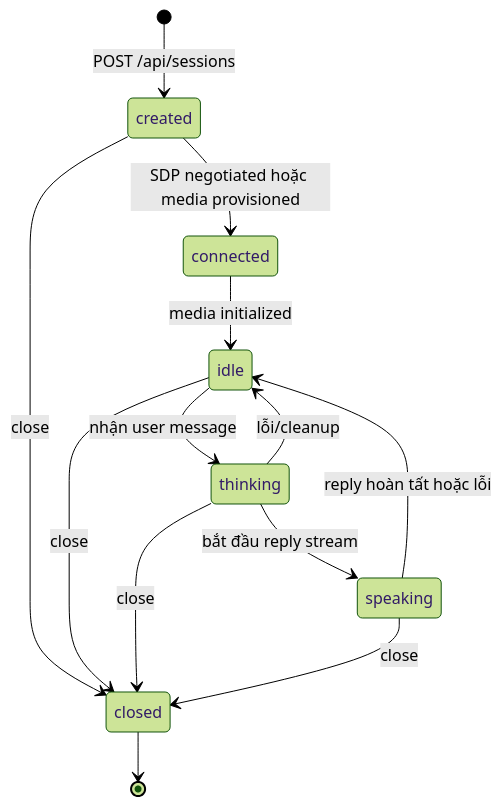
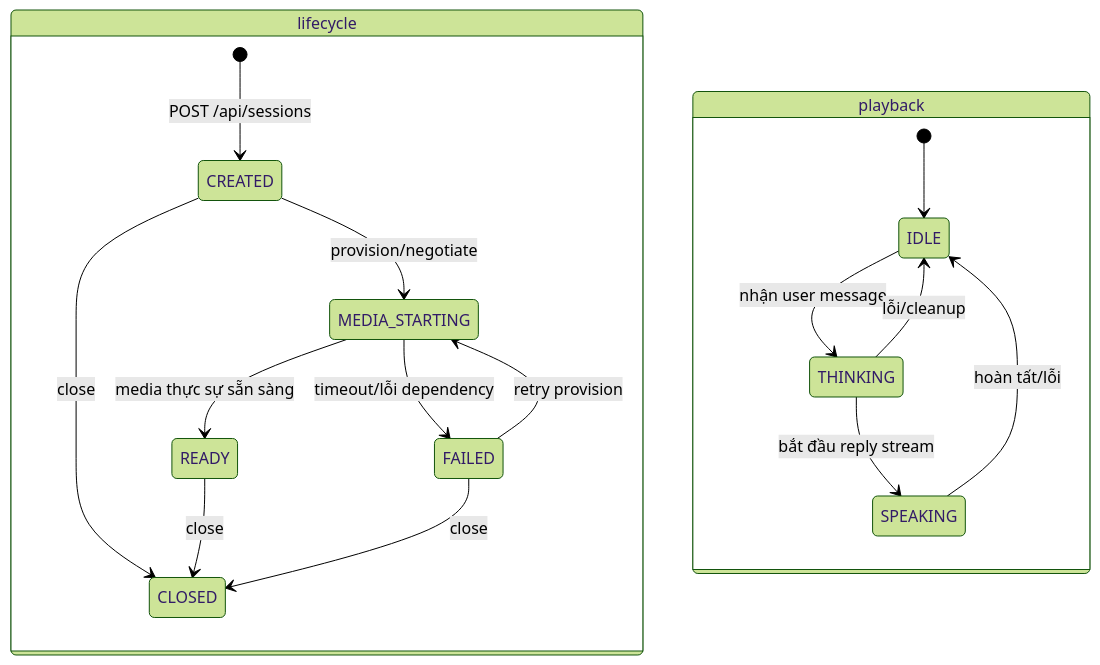
One commit to thinhphan97/PersonaForge changed the fourth of 7 diagrams in docs/current-pipeline.md. Above: the diagram before and after it, drawn with Mermaid (forest theme). The commit also changed other lines of this file and 18 other files, not shown here.

````diff
--- a/docs/current-pipeline.md
+++ b/docs/current-pipeline.md
@@ -166,15 +167,20 @@
 ```mermaid
 stateDiagram-v2
-    [*] --> created: POST /api/sessions
-    created --> connected: SDP negotiated hoặc media provisioned
-    connected --> idle: media initialized
-    idle --> thinking: nhận user message
-    thinking --> speaking: bắt đầu reply stream
-    thinking --> idle: lỗi/cleanup
-    speaking --> idle: reply hoàn tất hoặc lỗi
-    created --> closed: close
-    idle --> closed: close
-    thinking --> closed: close
-    speaking --> closed: close
-    closed --> [*]
+    state lifecycle {
+        [*] --> CREATED: POST /api/sessions
+        CREATED --> MEDIA_STARTING: provision/negotiate
+        MEDIA_STARTING --> READY: media thực sự sẵn sàng
+        MEDIA_STARTING --> FAILED: timeout/lỗi dependency
+        FAILED --> MEDIA_STARTING: retry provision
+        CREATED --> CLOSED: close
+        READY --> CLOSED: close
+        FAILED --> CLOSED: close
+    }
+    state playback {
+        [*] --> IDLE
+        IDLE --> THINKING: nhận user message
+        THINKING --> SPEAKING: bắt đầu reply stream
+        THINKING --> IDLE: lỗi/cleanup
+        SPEAKING --> IDLE: hoàn tất/lỗi
+    }
 ```
````
